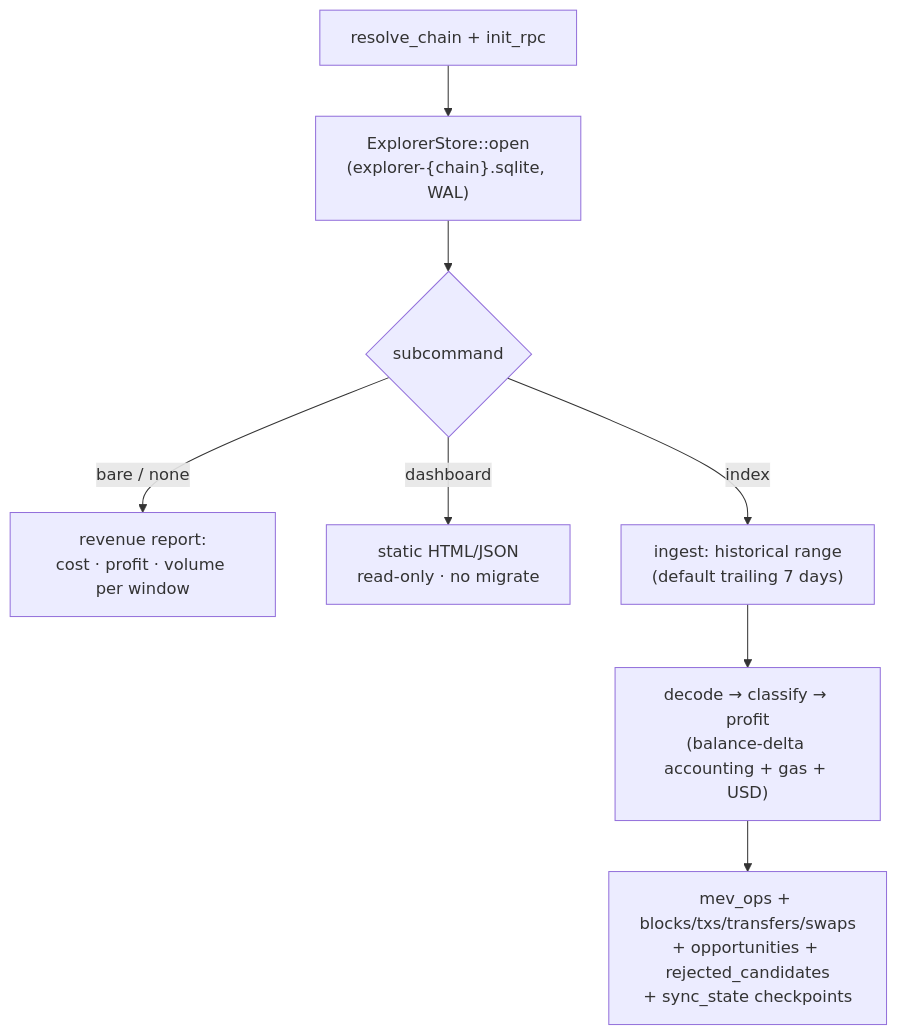
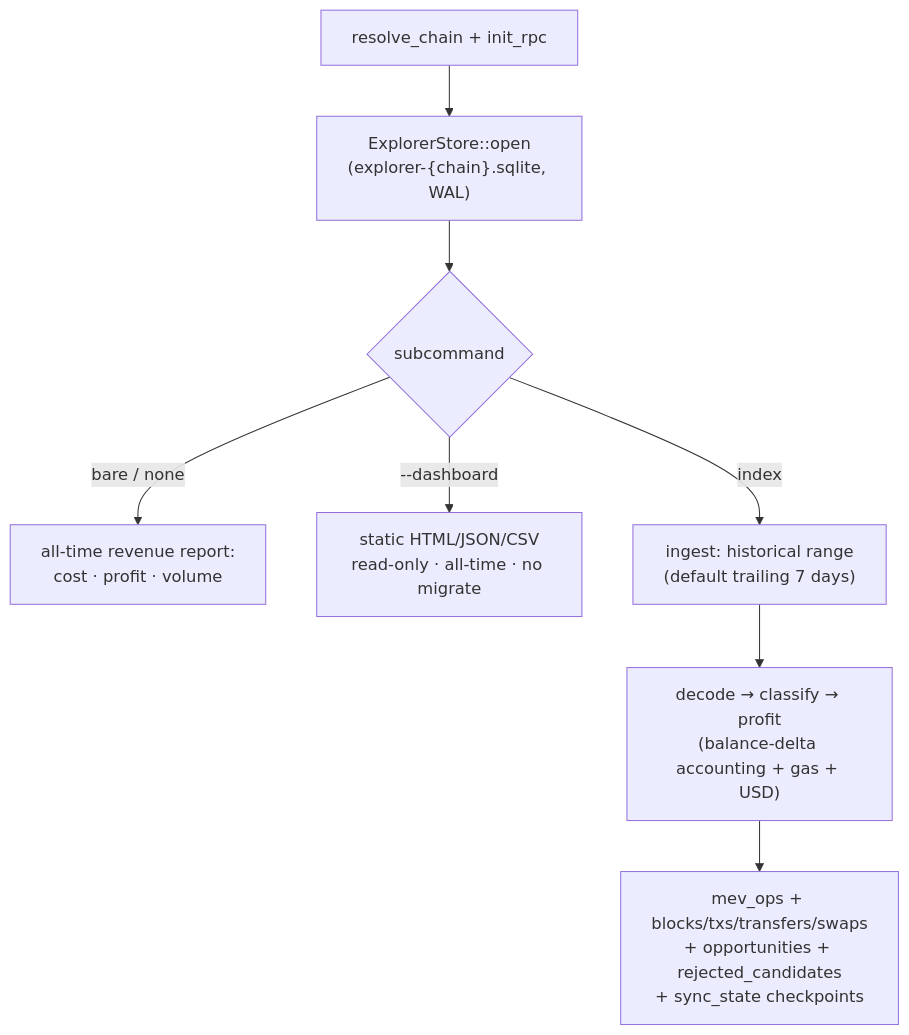
Before and after one commit to moha-moradi/mev-scout: the eighth of 9 diagrams in docs/CLI.md, drawn with Mermaid. The commit also changed other lines of this file and 21 other files, not shown here.

First line of the commit message:
refactor(explorer): flatten subcommands, make report all-time, drop purge

````diff
--- a/docs/CLI.md
+++ b/docs/CLI.md
@@ -399,10 +404,10 @@
 ```mermaid
 flowchart TB
     A["resolve_chain + init_rpc"] --> B["ExplorerStore::open<br/>(explorer-{chain}.sqlite, WAL)"]
     B --> C{"subcommand"}
-    C -- "bare / none" --> R["revenue report:<br/>cost · profit · volume per window"]
-    C -- "dashboard" --> D["static HTML/JSON<br/>read-only · no migrate"]
+    C -- "bare / none" --> R["all-time revenue report:<br/>cost · profit · volume"]
+    C -- "--dashboard" --> D["static HTML/JSON/CSV<br/>read-only · all-time · no migrate"]
     C -- "index" --> BF["ingest: historical range<br/>(default trailing 7 days)"]
     BF --> F["decode → classify → profit<br/>(balance-delta accounting + gas + USD)"]
     F --> L["mev_ops + blocks/txs/transfers/swaps<br/>+ opportunities + rejected_candidates<br/>+ sync_state checkpoints"]
 ```
````
